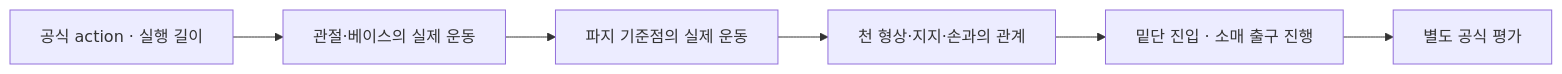
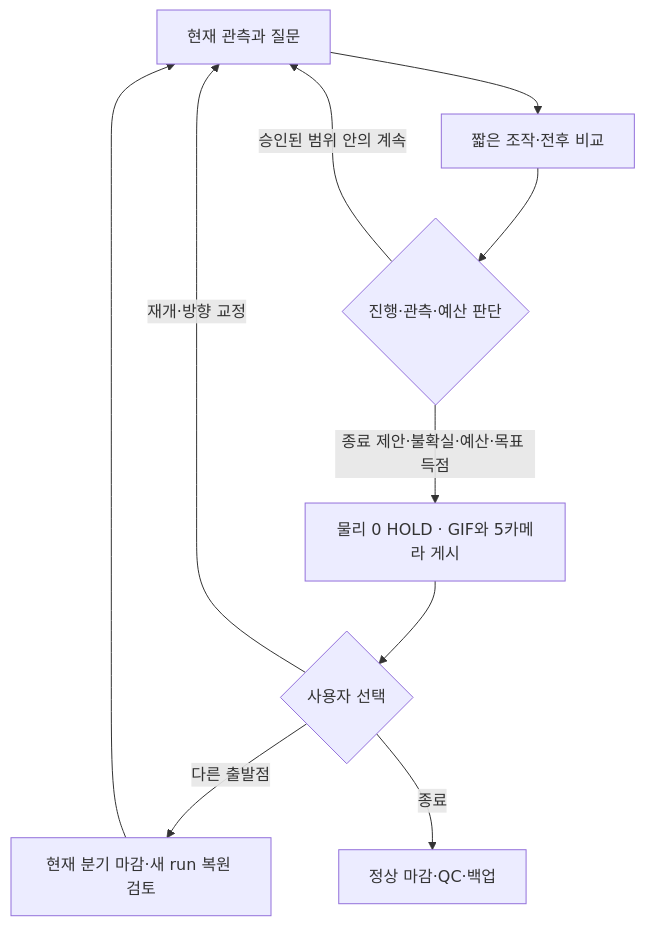
The diagram in docs/MECHANISMS.ko.md (leonyoon-3dai/PhyRC_2027_phase1), drawn with Mermaid before and after one commit. The commit also changed other lines of this file and 7 other files, not shown here.

First line of the commit message:
docs: explain dressing mechanisms with evidence diagrams and measured motion plots

````diff
--- a/docs/MECHANISMS.ko.md
+++ b/docs/MECHANISMS.ko.md
@@ -9,8 +173,12 @@
 ```mermaid
-flowchart LR
-  A["공식 action · 실행 길이"] --> B["관절·베이스의 실제 운동"]
-  B --> C["파지 기준점의 실제 운동"]
-  C --> D["천 형상·지지·손과의 관계"]
-  D --> E["밑단 진입 · 소매 출구 진행"]
-  E --> F["별도 공식 평가"]
+flowchart TD
+  A["현재 관측과 질문"] --> B["짧은 조작·전후 비교"]
+  B --> C{"진행·관측·예산 판단"}
+  C -->|"승인된 범위 안의 계속"| A
+  C -->|"종료 제안·불확실·예산·목표 득점"| D["물리 0 HOLD · GIF와 5카메라 게시"]
+  D --> E{"사용자 선택"}
+  E -->|"재개·방향 교정"| A
+  E -->|"다른 출발점"| F["현재 분기 마감·새 run 복원 검토"]
+  F --> A
+  E -->|"종료"| G["정상 마감·QC·백업"]
 ```
````
